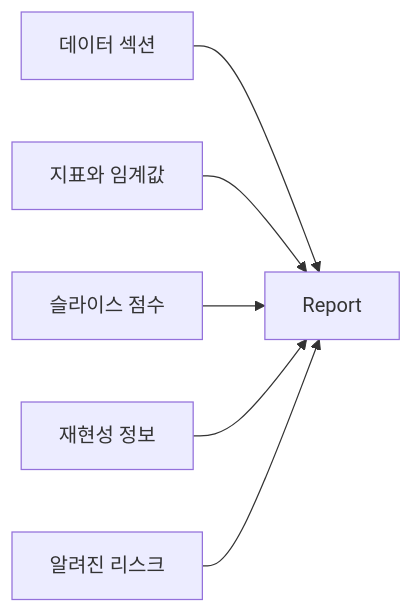
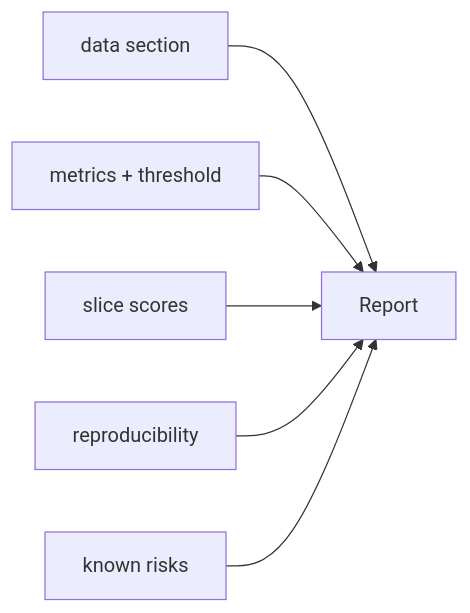
Before and after one commit to yeongseon-books/book-content: the diagram in content/model-evaluation-101/ko/10-evaluation-report.md, drawn with Mermaid. The commit also changed other lines of this file and 9 other files, not shown here.

````diff
--- a/content/model-evaluation-101/ko/10-evaluation-report.md
+++ b/content/model-evaluation-101/ko/10-evaluation-report.md
@@ -55,8 +51,8 @@
 ```mermaid
 flowchart LR
-    Data["데이터 섹션"] --> Report
-    Metric["지표와 임계값"] --> Report
-    Slice["슬라이스 점수"] --> Report
-    Repro["재현성 정보"] --> Report
-    Risk["알려진 리스크"] --> Report
+    Data["data section"] --> Report
+    Metric["metrics + threshold"] --> Report
+    Slice["slice scores"] --> Report
+    Repro["reproducibility"] --> Report
+    Risk["known risks"] --> Report
 ```
````
